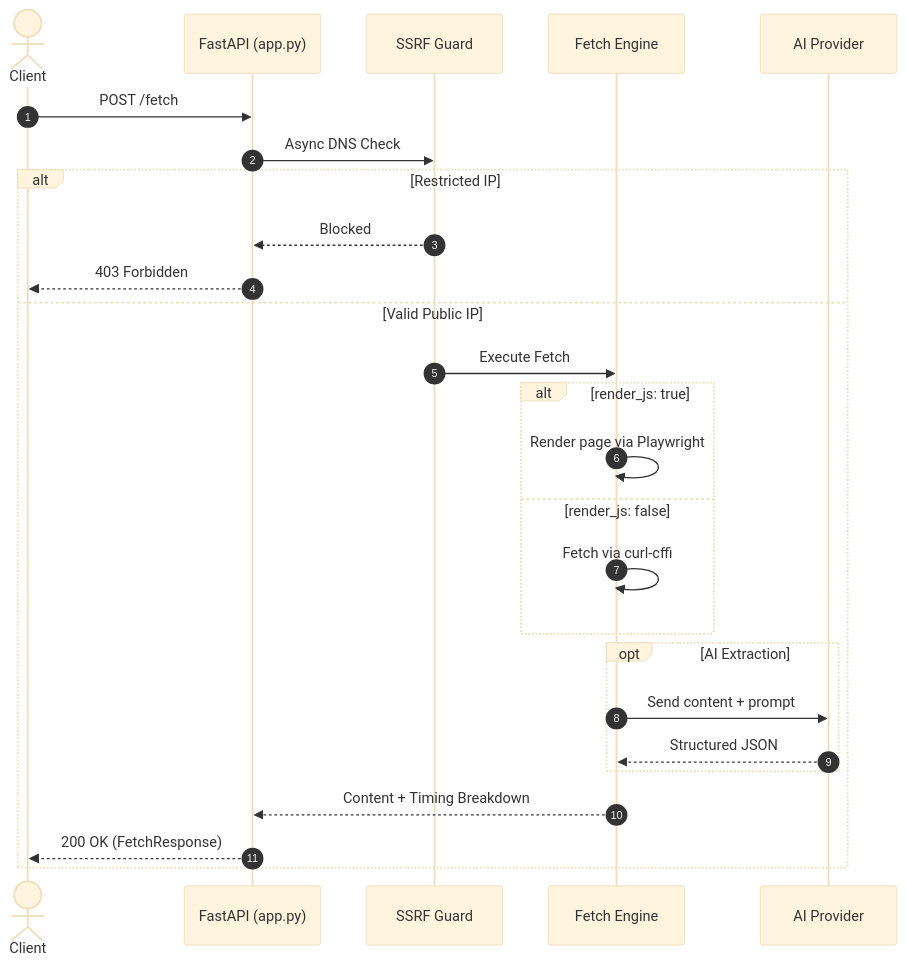
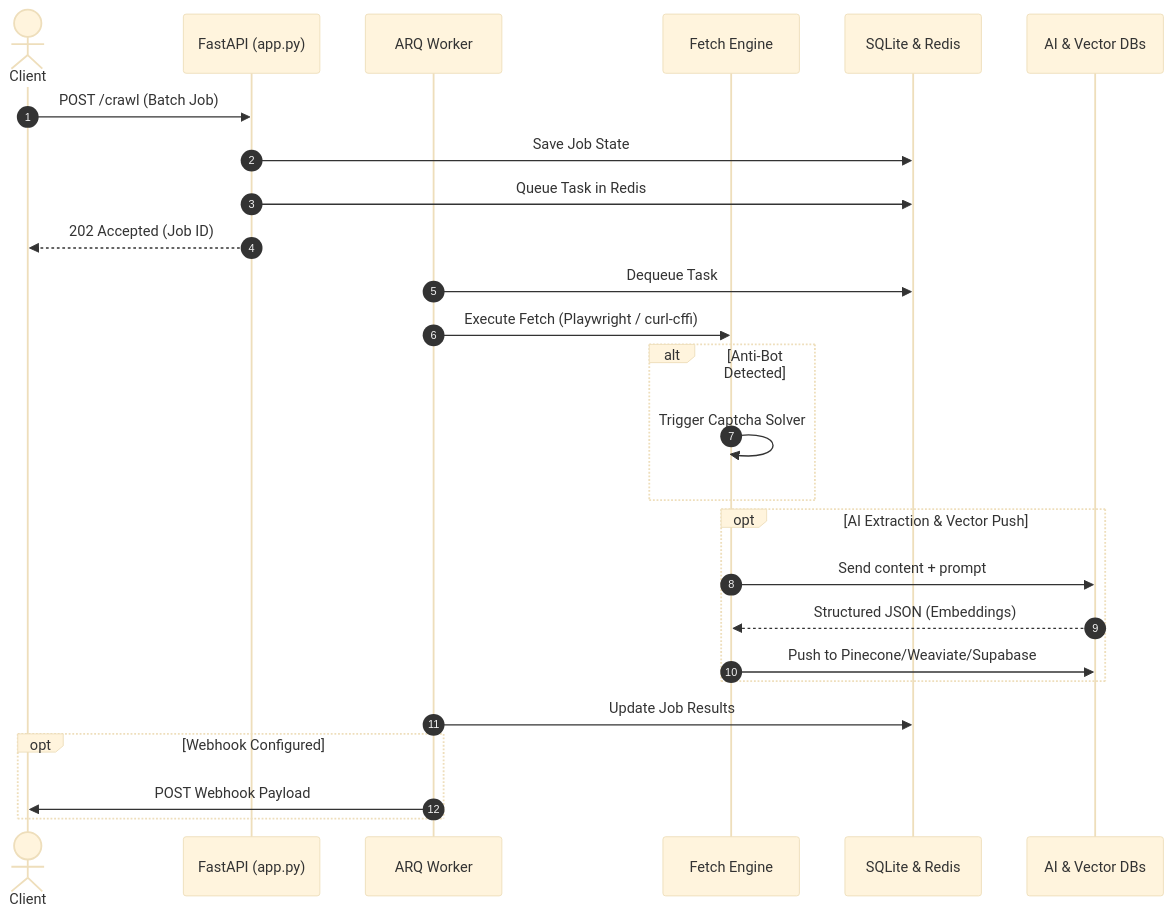
The second of 2 diagrams in README.md (Tejas3479/crawlix), drawn with Mermaid (base theme) before and after one commit. The commit also changed other lines of this file, not shown here.

Commit message:
docs: update architecture diagrams to include db, redis, arq, captchas, and vector pipelines

````diff
--- a/README.md
+++ b/README.md
@@ -185,29 +207,33 @@
 ```mermaid
 sequenceDiagram
     autonumber
     actor Client
     participant API as FastAPI (app.py)
-    participant Guard as SSRF Guard
+    participant Worker as ARQ Worker
     participant Engine as Fetch Engine
-    participant LLM as AI Provider
+    participant DB as SQLite & Redis
+    participant AI as AI & Vector DBs
 
-    Client->>API: POST /fetch
-    API->>Guard: Async DNS Check
-    alt Restricted IP
-        Guard-->>API: Blocked
-        API-->>Client: 403 Forbidden
-    else Valid Public IP
-        Guard->>Engine: Execute Fetch
-        alt render_js: true
-            Engine->>Engine: Render page via Playwright
-        else render_js: false
-            Engine->>Engine: Fetch via curl-cffi
-        end
-        opt AI Extraction
-            Engine->>LLM: Send content + prompt
-            LLM-->>Engine: Structured JSON
-        end
-        Engine-->>API: Content + Timing Breakdown
-        API-->>Client: 200 OK (FetchResponse)
+    Client->>API: POST /crawl (Batch Job)
+    API->>DB: Save Job State
+    API->>DB: Queue Task in Redis
+    API-->>Client: 202 Accepted (Job ID)
+    
+    Worker->>DB: Dequeue Task
+    Worker->>Engine: Execute Fetch (Playwright / curl-cffi)
+    
+    alt Anti-Bot Detected
+        Engine->>Engine: Trigger Captcha Solver
+    end
+    
+    opt AI Extraction & Vector Push
+        Engine->>AI: Send content + prompt
+        AI-->>Engine: Structured JSON (Embeddings)
+        Engine->>AI: Push to Pinecone/Weaviate/Supabase
+    end
+    
+    Worker->>DB: Update Job Results
+    opt Webhook Configured
+        Worker->>Client: POST Webhook Payload
     end
 ```
````
